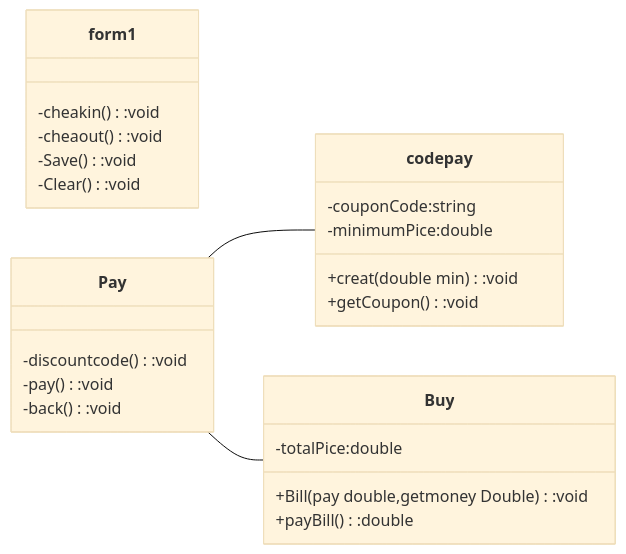
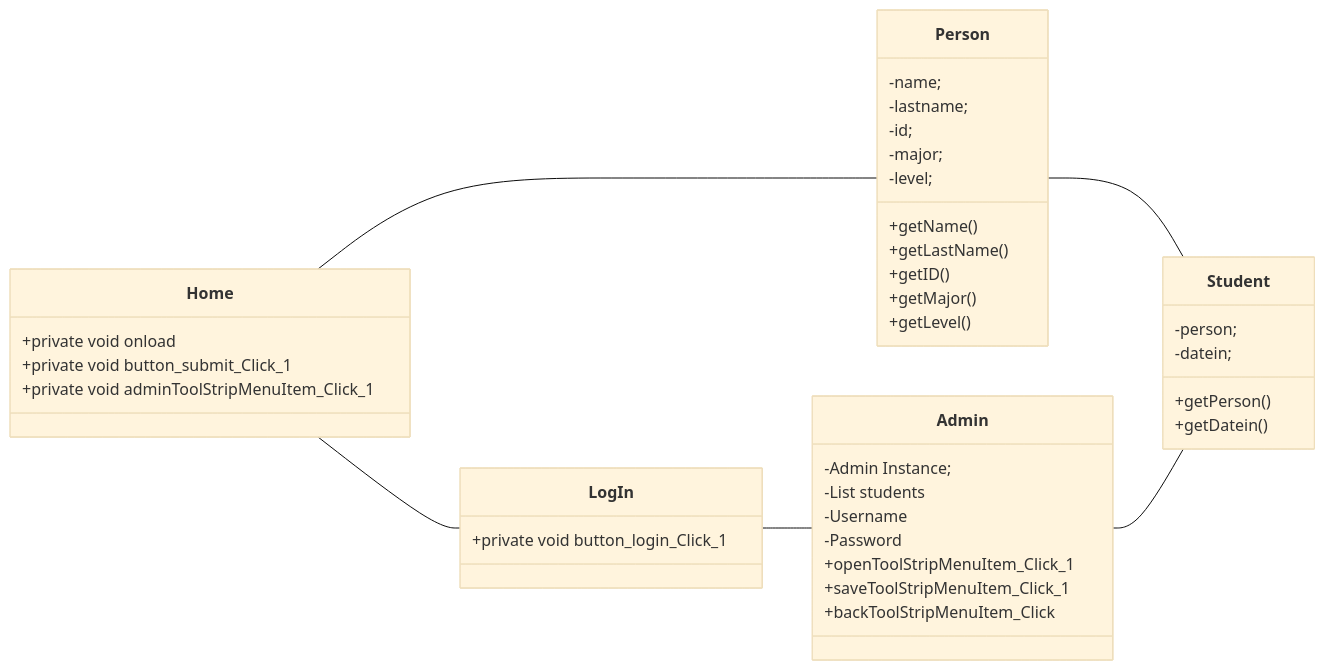
The diagram in ProjectRoom-main/README.md (MDM007MDM/FP), drawn with Mermaid (base theme) before and after one commit. The commit also changed other lines of this file, not shown here.

````diff
--- a/ProjectRoom-main/README.md
+++ b/ProjectRoom-main/README.md
@@ -13,29 +10,45 @@
- ```mermaid
+```Mermaid
 classDiagram
   direction LR
-  class form1{
-  -cheakin():void
-  -cheaout():void
-  -Save():void
-  -Clear():void
+  class Home{
+  +private void onload 
+  +private void button_submit_Click_1
+  +private void adminToolStripMenuItem_Click_1
 }
-  class Pay{
-  -discountcode():void
-  -pay():void
-  -back():void
+  class LogIn{
+  +private void button_login_Click_1
   }
-  class codepay{
-  -couponCode:string
-  -minimumPice:double
-  +creat(double min):void
-  +getCoupon():void
+  class Admin{
+  -Admin Instance;
+  -List<Students> students 
+  -Username 
+  -Password 
+  +openToolStripMenuItem_Click_1
+  +saveToolStripMenuItem_Click_1
+  +backToolStripMenuItem_Click
   }
-  class Buy{
-  -totalPice:double
-  +Bill(pay double,getmoney Double):void
-  +payBill():double
-   }
-   Pay -- codepay
-   Pay -- Buy
-   
-  ```
+  class Person{
+  -name;
+  -lastname;
+  -id;
+  -major;
+  -level;
+  +getName()
+  +getLastName()
+  +getID()
+  +getMajor()
+  +getLevel()
+  }
+  class Student{
+  -person;
+  -datein;
+  +getPerson()
+  +getDatein()
+  }
+   Home -- LogIn
+   Home -- Person 
+   Person -- Student
+   Log In -- Admin
+   Admin -- Student
+
+```
````
